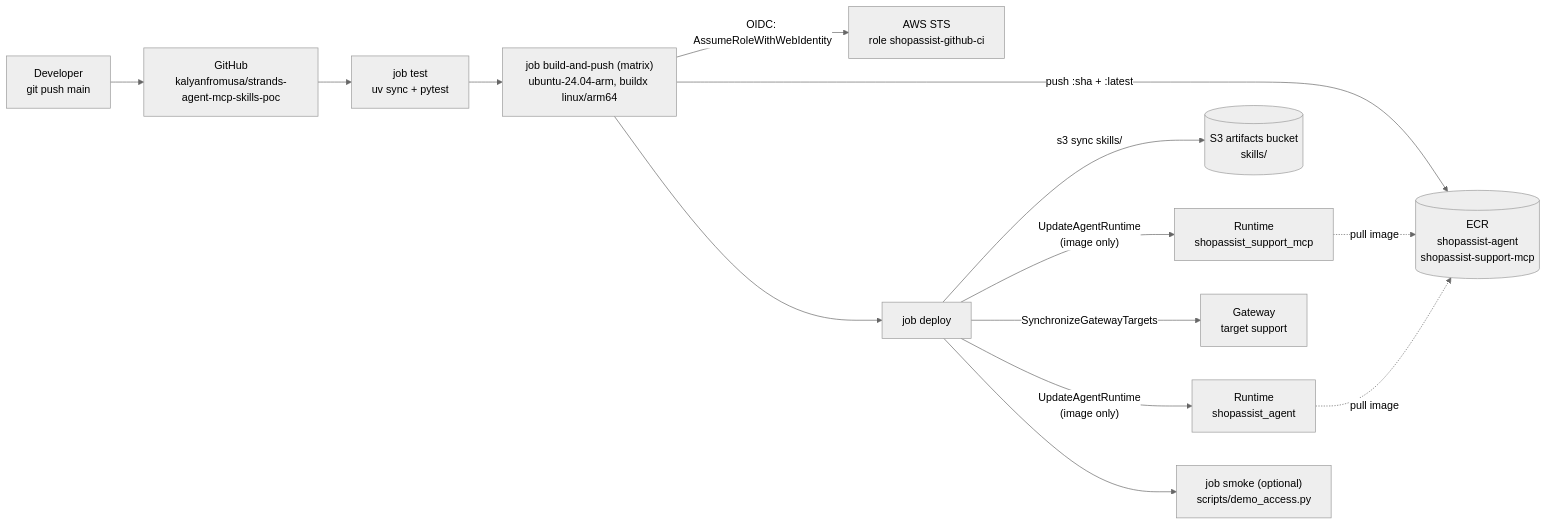
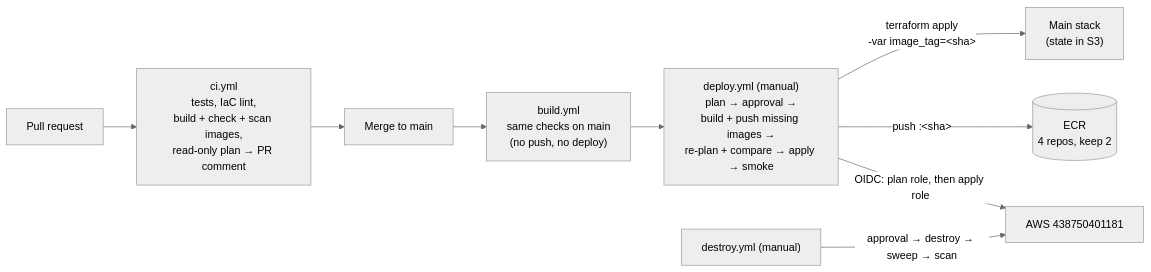
Before and after one commit to kalyanfromusa/strands-agent-mcp-skills-poc: the diagram in docs/10-ci-cd.md, drawn with Mermaid (neutral theme). The commit also changed other lines of this file and 101 other files, not shown here.

````diff
--- a/docs/10-ci-cd.md
+++ b/docs/10-ci-cd.md
@@ -30,16 +10,11 @@
 ```mermaid
 flowchart LR
-    Dev["Developer<br/>git push main"] --> GH["GitHub<br/>kalyanfromusa/strands-agent-mcp-skills-poc"]
-    GH --> T["job test<br/>uv sync + pytest"]
-    T --> B["job build-and-push (matrix)<br/>ubuntu-24.04-arm, buildx linux/arm64"]
-    B -- "OIDC: AssumeRoleWithWebIdentity" --> STS["AWS STS<br/>role shopassist-github-ci"]
-    B -- "push :sha + :latest" --> ECR[("ECR<br/>shopassist-agent<br/>shopassist-support-mcp")]
-    B --> D["job deploy"]
-    D -- "s3 sync skills/" --> S3[("S3 artifacts bucket<br/>skills/")]
-    D -- "UpdateAgentRuntime<br/>(image only)" --> MR["Runtime<br/>shopassist_support_mcp"]
-    D -- "SynchronizeGatewayTargets" --> GW["Gateway<br/>target support"]
-    D -- "UpdateAgentRuntime<br/>(image only)" --> AR["Runtime<br/>shopassist_agent"]
-    MR -. "pull image" .-> ECR
-    AR -. "pull image" .-> ECR
-    D --> SM["job smoke (optional)<br/>scripts/demo_access.py"]
+    PR["Pull request"] --> CI["ci.yml<br/>tests, IaC lint,<br/>build + check + scan images,<br/>read-only plan → PR comment"]
+    CI --> M["Merge to main"]
+    M --> B["build.yml<br/>same checks on main<br/>(no push, no deploy)"]
+    B --> D["deploy.yml (manual)<br/>plan → approval →<br/>build + push missing images →<br/>re-plan + compare → apply → smoke"]
+    D -- "OIDC: plan role, then apply role" --> AWS["AWS 438750401181"]
+    D -- "push :&lt;sha&gt;" --> ECR[("ECR<br/>4 repos, keep 2")]
+    D -- "terraform apply<br/>-var image_tag=&lt;sha&gt;" --> TF["Main stack<br/>(state in S3)"]
+    X["destroy.yml (manual)"] -- "approval → destroy → sweep → scan" --> AWS
 ```
````
